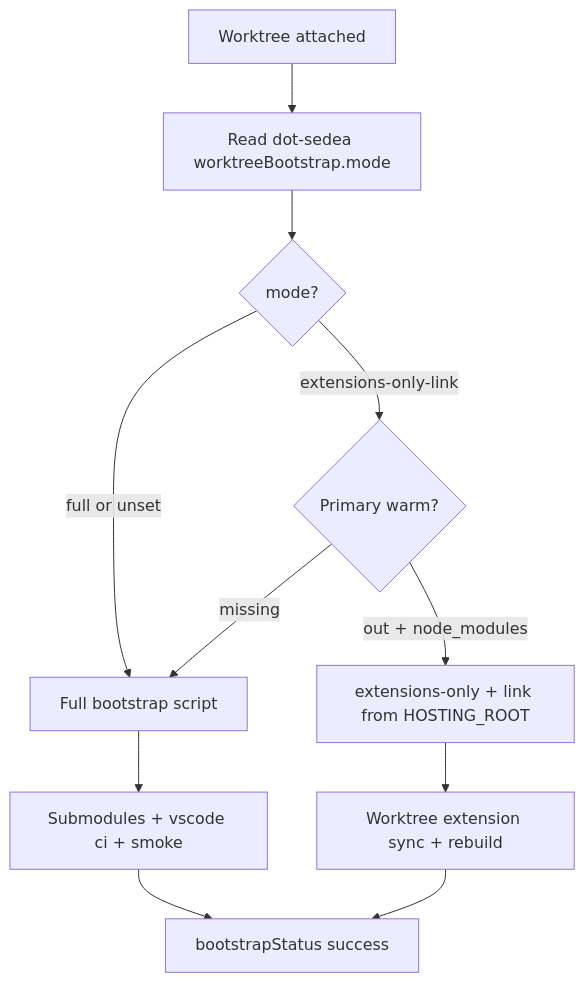
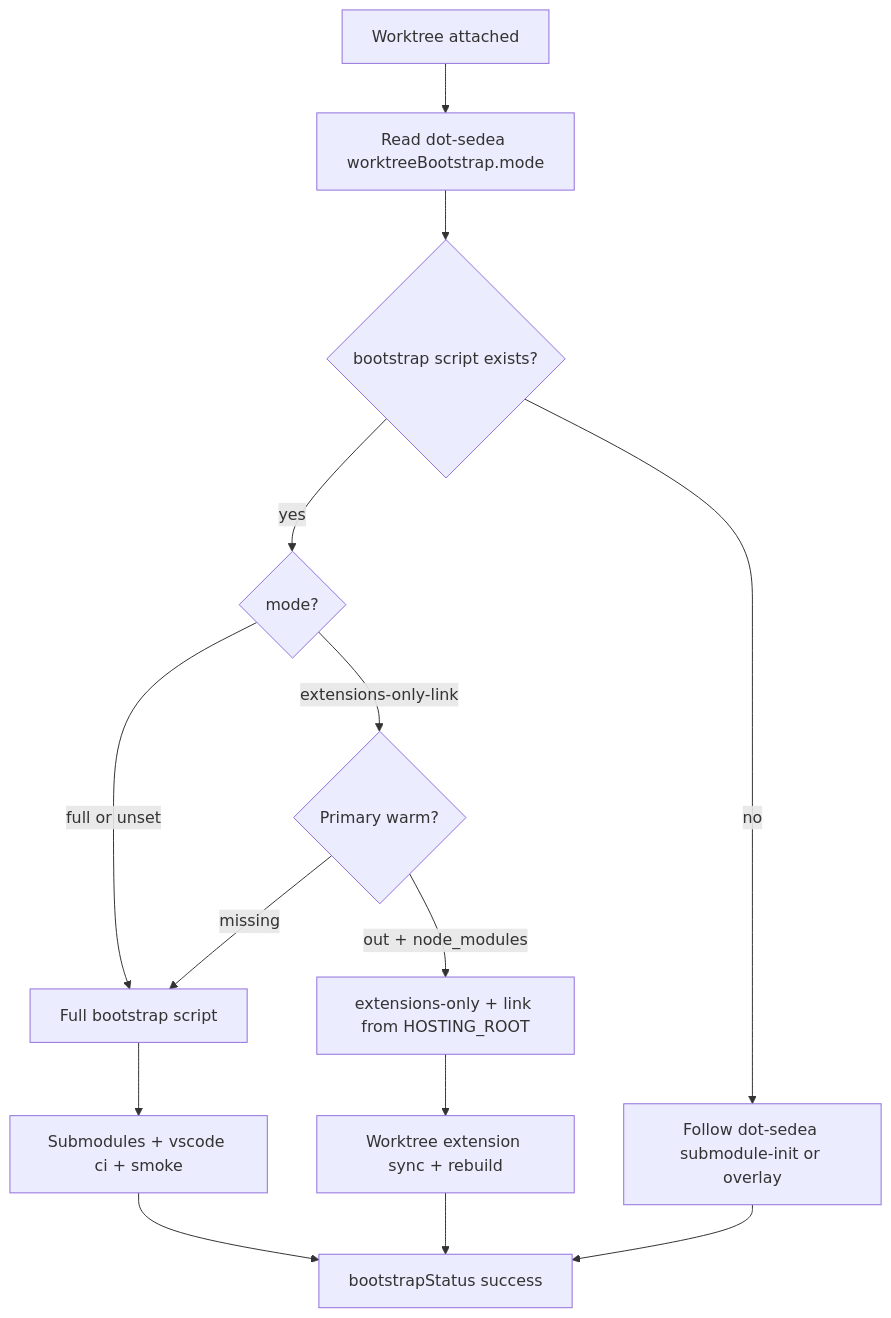
One commit to sedea-tapcart/research-and-development changed the diagram in rules/20_efficient-pr-shipping.mdc. Above: the diagram before and after it, drawn with Mermaid. The commit also changed other lines of this file, not shown here.

First line of the commit message:
Make rule 20 bootstrap profiles read hosting-repo dot-sedea overlay.

````diff
--- a/rules/20_efficient-pr-shipping.mdc
+++ b/rules/20_efficient-pr-shipping.mdc
@@ -235,13 +257,16 @@
 ```mermaid
 flowchart TD
   Start[Worktree attached] --> Read[Read dot-sedea worktreeBootstrap.mode]
-  Read --> Mode{mode?}
+  Read --> Script{bootstrap script exists?}
+  Script -->|no| SubInit[Follow dot-sedea submodule-init or overlay]
+  Script -->|yes| Mode{mode?}
   Mode -->|full or unset| Full[Full bootstrap script]
   Mode -->|extensions-only-link| Warm{Primary warm?}
   Warm -->|out + node_modules| Fast[extensions-only + link from HOSTING_ROOT]
   Warm -->|missing| Full
   Full --> Sub[Submodules + vscode ci + smoke]
   Fast --> Ext[Worktree extension sync + rebuild]
   Sub --> Done[bootstrapStatus success]
   Ext --> Done
+  SubInit --> Done
 ```
````
